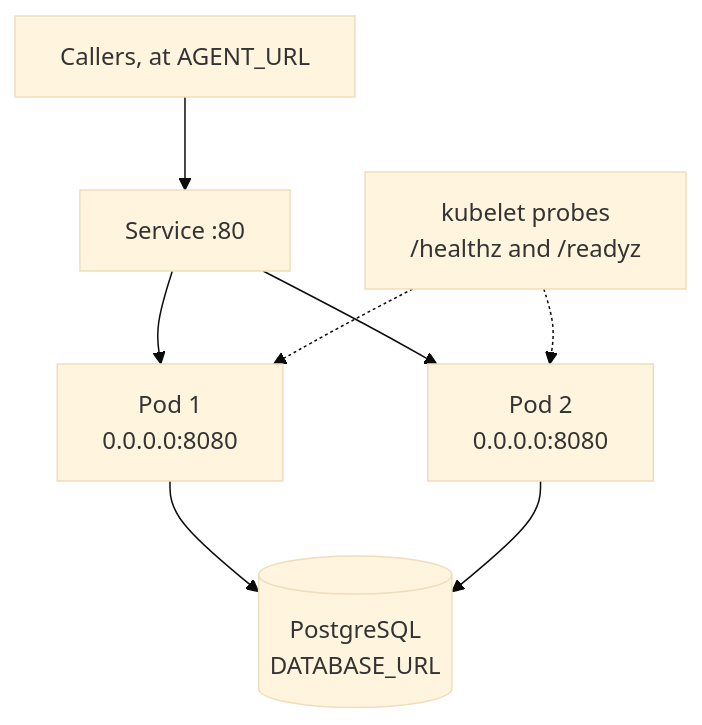
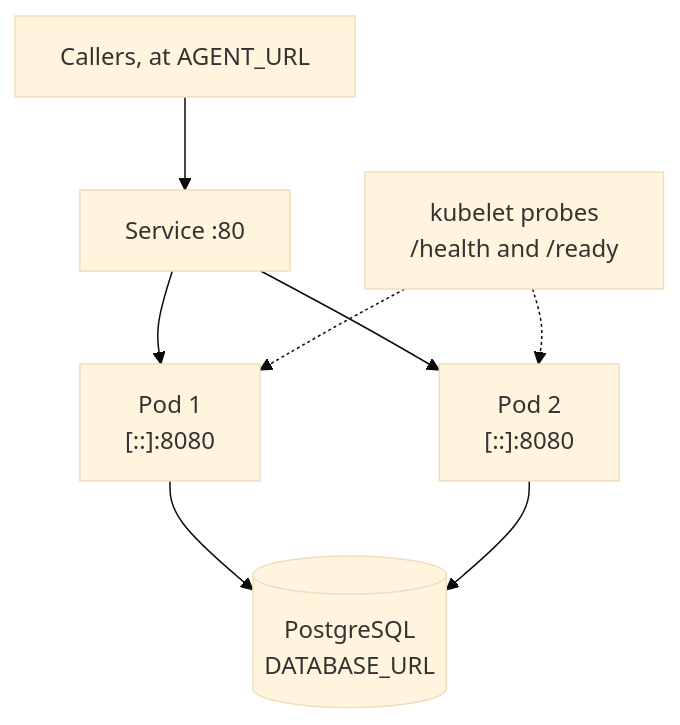
The diagram in book/diagrams/ex-deploy-topology.mmd (tomtom215/a2a-rust), drawn with Mermaid (base theme) before and after one commit. The commit also changed 148 other files, not shown here.

```diff
--- a/book/diagrams/ex-deploy-topology.mmd
+++ b/book/diagrams/ex-deploy-topology.mmd
@@ -1,16 +1,16 @@
 %% SPDX-License-Identifier: Apache-2.0
 %% Copyright 2026 Tom F. <tomf@tomtomtech.net> (https://github.com/tomtom215)
 flowchart TB
     caller["Callers, at AGENT_URL"]
     svc["Service :80"]
-    kubelet["kubelet probes<br/>/healthz and /readyz"]
-    p1["Pod 1<br/>0.0.0.0:8080"]
-    p2["Pod 2<br/>0.0.0.0:8080"]
+    kubelet["kubelet probes<br/>/health and /ready"]
+    p1["Pod 1<br/>[::]:8080"]
+    p2["Pod 2<br/>[::]:8080"]
     pg[("PostgreSQL<br/>DATABASE_URL")]
     caller --> svc
     svc --> p1
     svc --> p2
     kubelet -.-> p1
     kubelet -.-> p2
     p1 --> pg
     p2 --> pg
```
